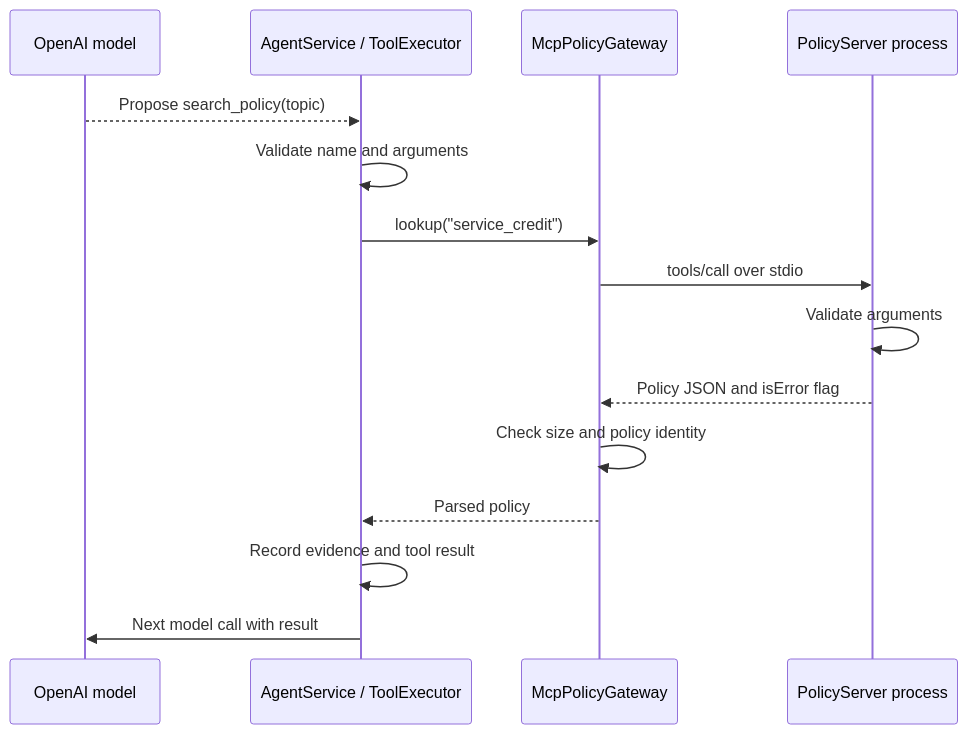
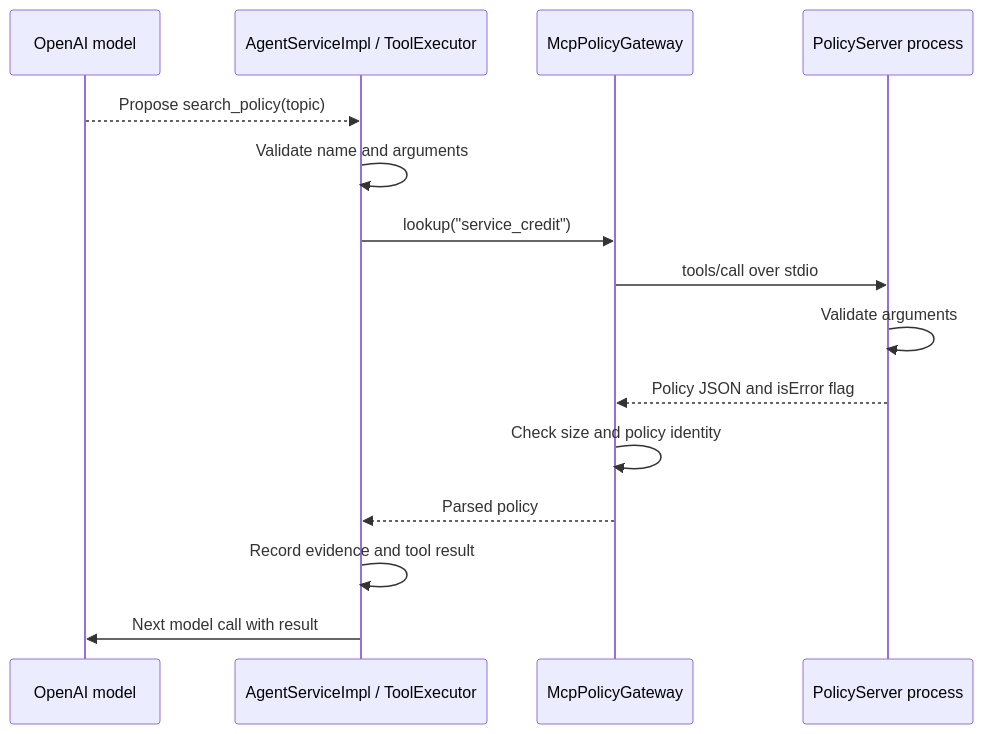
One commit to Dedeepya9977/spring-ai changed the diagram in docs/MCP_WALKTHROUGH.md. Above: the diagram before and after it, drawn with Mermaid. The commit also changed other lines of this file and 37 other files, not shown here.

````diff
--- a/docs/MCP_WALKTHROUGH.md
+++ b/docs/MCP_WALKTHROUGH.md
@@ -44,17 +44,17 @@
 ```mermaid
 sequenceDiagram
     participant M as OpenAI model
-    participant H as AgentService / ToolExecutor
+    participant H as AgentServiceImpl / ToolExecutor
     participant C as McpPolicyGateway
     participant S as PolicyServer process
     M-->>H: Propose search_policy(topic)
     H->>H: Validate name and arguments
     H->>C: lookup("service_credit")
     C->>S: tools/call over stdio
     S->>S: Validate arguments
     S-->>C: Policy JSON and isError flag
     C->>C: Check size and policy identity
     C-->>H: Parsed policy
     H->>H: Record evidence and tool result
     H->>M: Next model call with result
 ```
````
